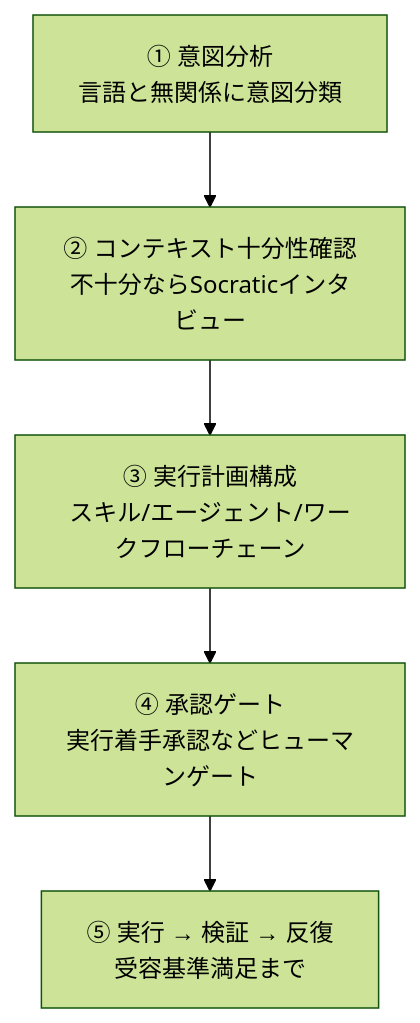
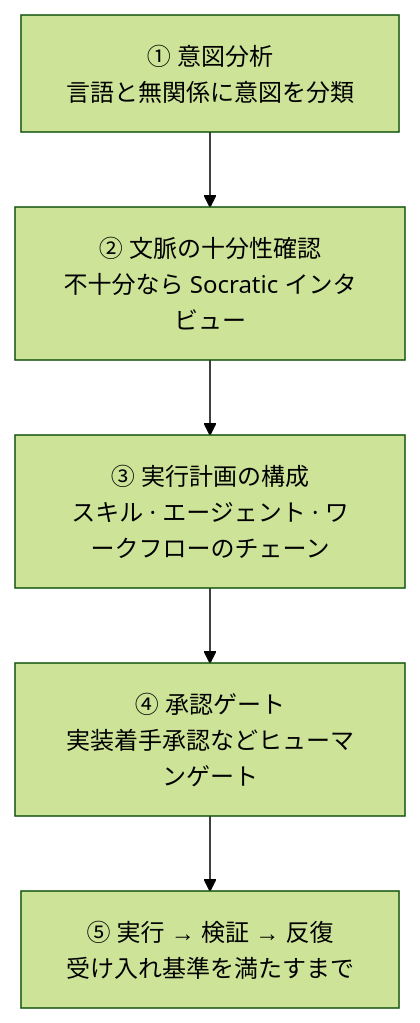
The first of 2 diagrams in docs-site/content/ja/advanced/analyze-first-routing.md (modu-ai/moai-adk), drawn with Mermaid (forest theme) before and after one commit. The commit also changed other lines of this file and 25 other files, not shown here.

````diff
--- a/docs-site/content/ja/advanced/analyze-first-routing.md
+++ b/docs-site/content/ja/advanced/analyze-first-routing.md
@@ -16,7 +32,7 @@
 ```mermaid
 flowchart TD
-    A["① 意図分析<br/>言語と無関係に意図分類"] --> B["② コンテキスト十分性確認<br/>不十分ならSocraticインタビュー"]
-    B --> C["③ 実行計画構成<br/>スキル/エージェント/ワークフローチェーン"]
-    C --> D["④ 承認ゲート<br/>実行着手承認などヒューマンゲート"]
-    D --> E["⑤ 実行 → 検証 → 反復<br/>受容基準満足まで"]
+    A["① 意図分析<br/>言語と無関係に意図を分類"] --> B["② 文脈の十分性確認<br/>不十分なら Socratic インタビュー"]
+    B --> C["③ 実行計画の構成<br/>スキル · エージェント · ワークフローのチェーン"]
+    C --> D["④ 承認ゲート<br/>実装着手承認などヒューマンゲート"]
+    D --> E["⑤ 実行 → 検証 → 反復<br/>受け入れ基準を満たすまで"]
 ```
````
